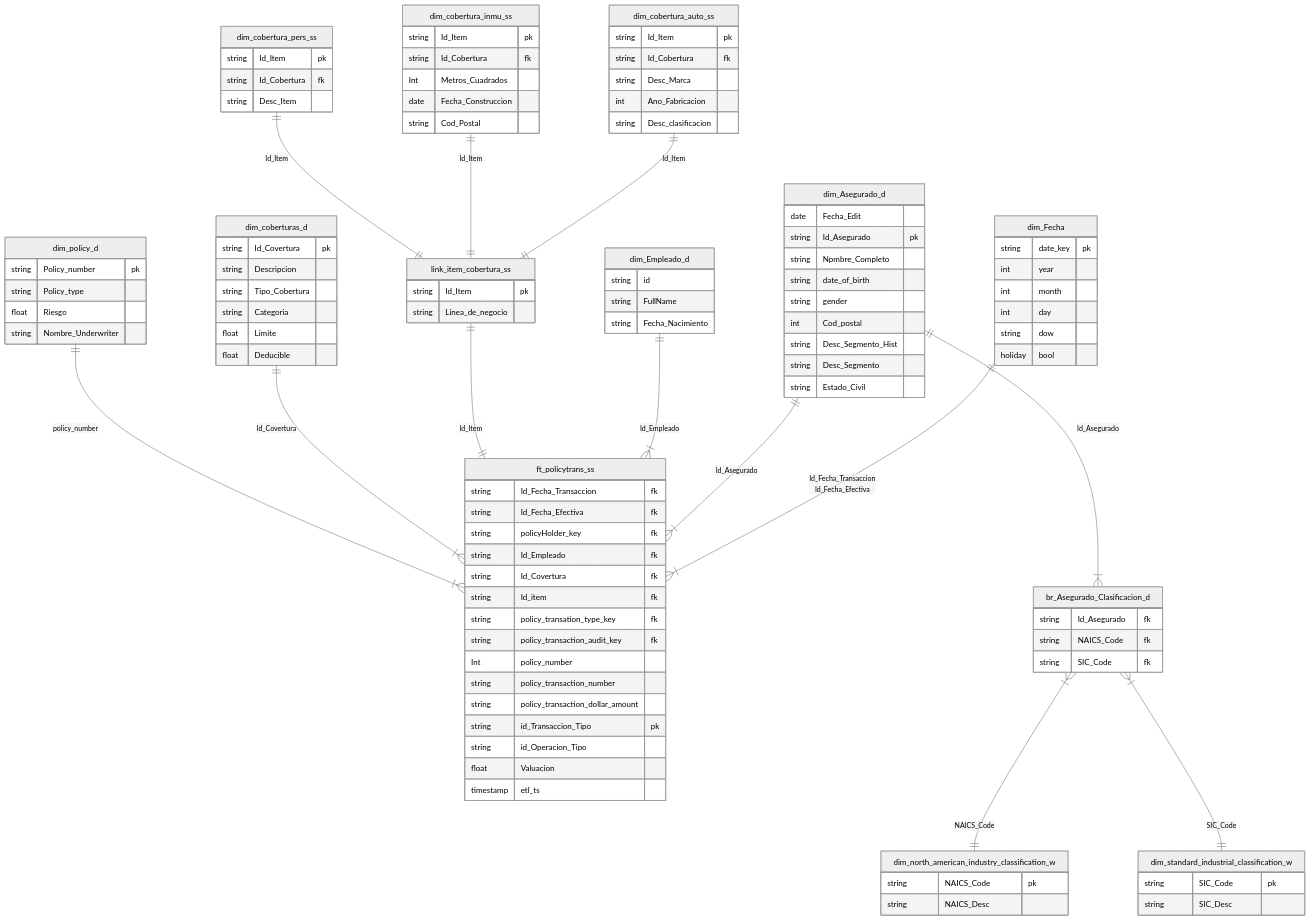
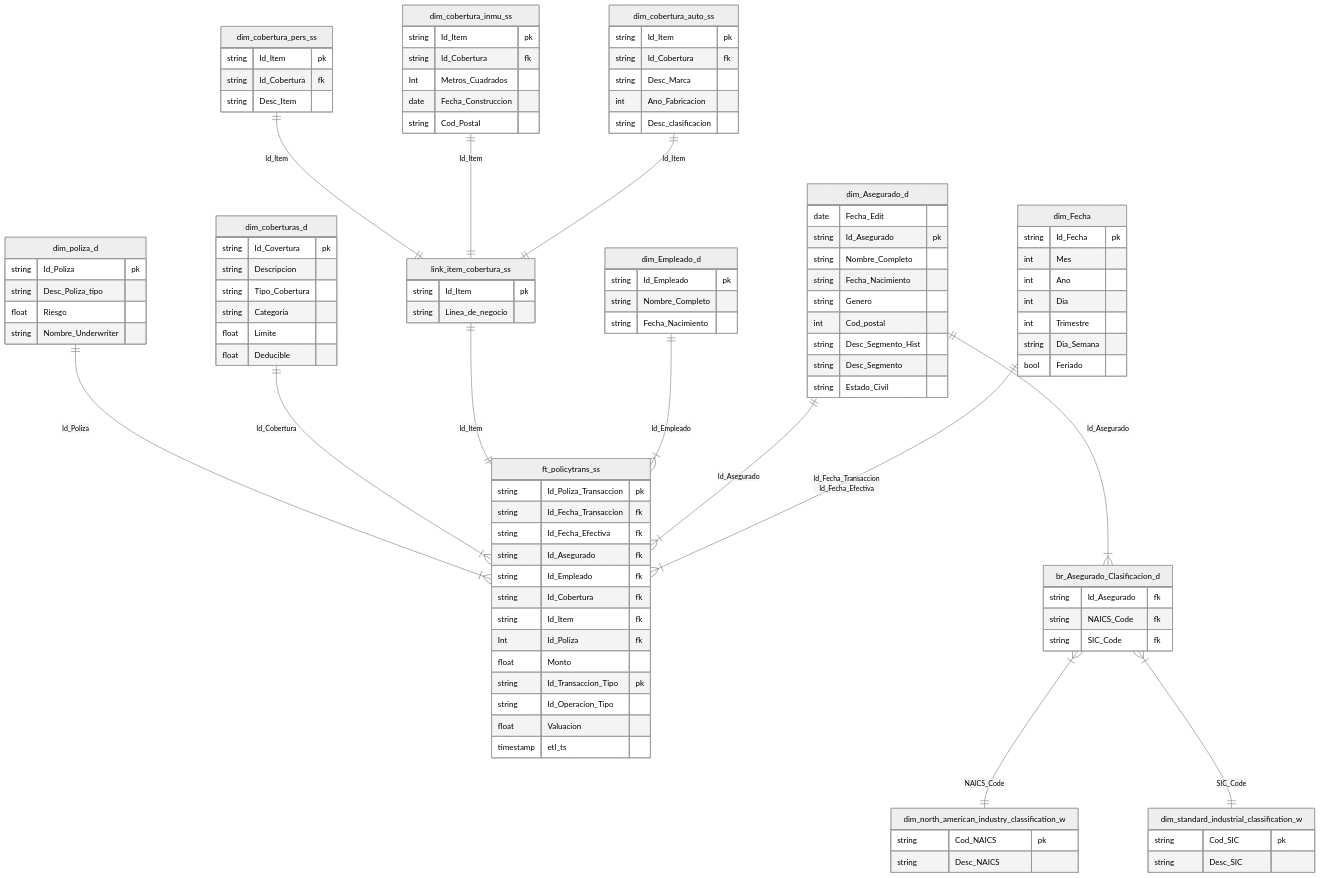
One commit to Facu4798/tps_ml2 changed the diagram in policy_transaction_fact.mermaid. Above: the diagram before and after it, drawn with Mermaid (neutral theme). The commit also changed 1 other file, not shown here.

Commit message:
pasar todo a español en policy

```diff
--- a/policy_transaction_fact.mermaid
+++ b/policy_transaction_fact.mermaid
@@ -1,158 +1,153 @@
 
 erDiagram
 
 
 %% fact table relationships
 dim_Fecha ||--|{ ft_policytrans_ss: 
     "Id_Fecha_Transaccion
     Id_Fecha_Efectiva"
 dim_Asegurado_d ||--|{ ft_policytrans_ss: Id_Asegurado
 dim_Empleado_d ||--|{ ft_policytrans_ss: Id_Empleado
 %% Supertypes and subtypes
 link_item_cobertura_ss ||--|| ft_policytrans_ss: Id_Item
 dim_cobertura_auto_ss ||--|| link_item_cobertura_ss: Id_Item
 dim_cobertura_inmu_ss ||--|| link_item_cobertura_ss: Id_Item
 dim_cobertura_pers_ss ||--|| link_item_cobertura_ss: Id_Item
 
 %% multivalued dimension
 dim_Asegurado_d ||--|{ br_Asegurado_Clasificacion_d: Id_Asegurado
 br_Asegurado_Clasificacion_d }|--|| dim_north_american_industry_classification_w: NAICS_Code
 br_Asegurado_Clasificacion_d }|--|| dim_standard_industrial_classification_w: SIC_Code
 
 %% fact description
-dim_coberturas_d ||--|{ ft_policytrans_ss: Id_Covertura
+dim_coberturas_d ||--|{ ft_policytrans_ss: Id_Cobertura
 
 %% no longer degerate
-dim_policy_d ||--|{ ft_policytrans_ss: policy_number
+dim_poliza_d ||--|{ ft_policytrans_ss: Id_Poliza
 
 
 %% ft: facto, ss: frecuencia carga(segundos)
 ft_policytrans_ss {
+    string Id_Poliza_Transaccion pk
     string Id_Fecha_Transaccion fk   
-    %% se conecta con date_key
     string Id_Fecha_Efectiva fk     
-    %% se conecta con date_key
-    string policyHolder_key fk
+    string Id_Asegurado fk
     string Id_Empleado fk
-    string Id_Covertura fk
-    string Id_item fk
-    string policy_transation_type_key fk
-    string policy_transaction_audit_key fk
-    Int policy_number
-    string policy_transaction_number
-    string policy_transaction_dollar_amount
-    string id_Transaccion_Tipo pk
-    string id_Operacion_Tipo 
+    string Id_Cobertura fk
+    string Id_Item fk
+    Int Id_Poliza fk
+    float Monto
+    string Id_Transaccion_Tipo pk
+    string Id_Operacion_Tipo 
     float Valuacion
     timestamp etl_ts
 }
 
 
 %% Dimension Role Playing
 dim_Fecha {
-    string date_key pk
-    int year
-    int month
-    int day
-    string dow
-    holiday bool
+    string Id_Fecha pk
+    int Mes
+    int Ano
+    int Dia
+    int Trimestre
+    string Dia_Semana
+    bool Feriado
 }
-
-
 
 
 
 %% MULTIVALUED DIMENSION ATTRIBUTES (with bridge)
 
 dim_Asegurado_d {
     date Fecha_Edit
     string Id_Asegurado pk
-    string Npmbre_Completo
-    string date_of_birth 
-    string gender  
+    string Nombre_Completo
+    string Fecha_Nacimiento 
+    string Genero
     int Cod_postal
     string Desc_Segmento_Hist
     string Desc_Segmento
     string Estado_Civil
 }
 
 %% Bridge
 br_Asegurado_Clasificacion_d {
     string Id_Asegurado fk
     string NAICS_Code fk
     string SIC_Code fk
 }
 
 dim_north_american_industry_classification_w {
-    string NAICS_Code pk
-    string NAICS_Desc
+    string Cod_NAICS pk
+    string Desc_NAICS
 }
 
 dim_standard_industrial_classification_w {
-    string SIC_Code pk
-    string SIC_Desc
+    string Cod_SIC pk
+    string Desc_SIC
 }
 
 
 
 
 
 %% SUPERTYPES AND SUBTYPES
 
 %% SUPERTYPE
 link_item_cobertura_ss {
     string Id_Item pk
     string Linea_de_negocio
 }
 
 %% SUBTYPE
 dim_cobertura_auto_ss {
     string Id_Item pk
     string Id_Cobertura fk
     string Desc_Marca
     int Ano_Fabricacion
     string Desc_clasificacion
 }
 
 %% SUBTYPE
 dim_cobertura_inmu_ss {
     string Id_Item pk
     string Id_Cobertura fk
     Int Metros_Cuadrados
     date Fecha_Construccion
     string Cod_Postal
 }
 
 %% SUBTYPE
 dim_cobertura_pers_ss {
     string Id_Item pk
     string Id_Cobertura fk
     string Desc_Item
 }
 
 
 
 %% Coverages descriptiva
 dim_coberturas_d {
     string Id_Covertura pk
     string Descripcion
     string Tipo_Cobertura
     string Categoria
     float Limite
     float Deducible
 }
 
 
 %% no longer degerate
-dim_policy_d{
-    string Policy_number pk
-    string Policy_type
+dim_poliza_d{
+    string Id_Poliza pk
+    string Desc_Poliza_tipo
     float Riesgo
     string Nombre_Underwriter
 }
 
 dim_Empleado_d {
-    string id
-    string FullName
+    string Id_Empleado pk
+    string Nombre_Completo
     string Fecha_Nacimiento
 }
```
